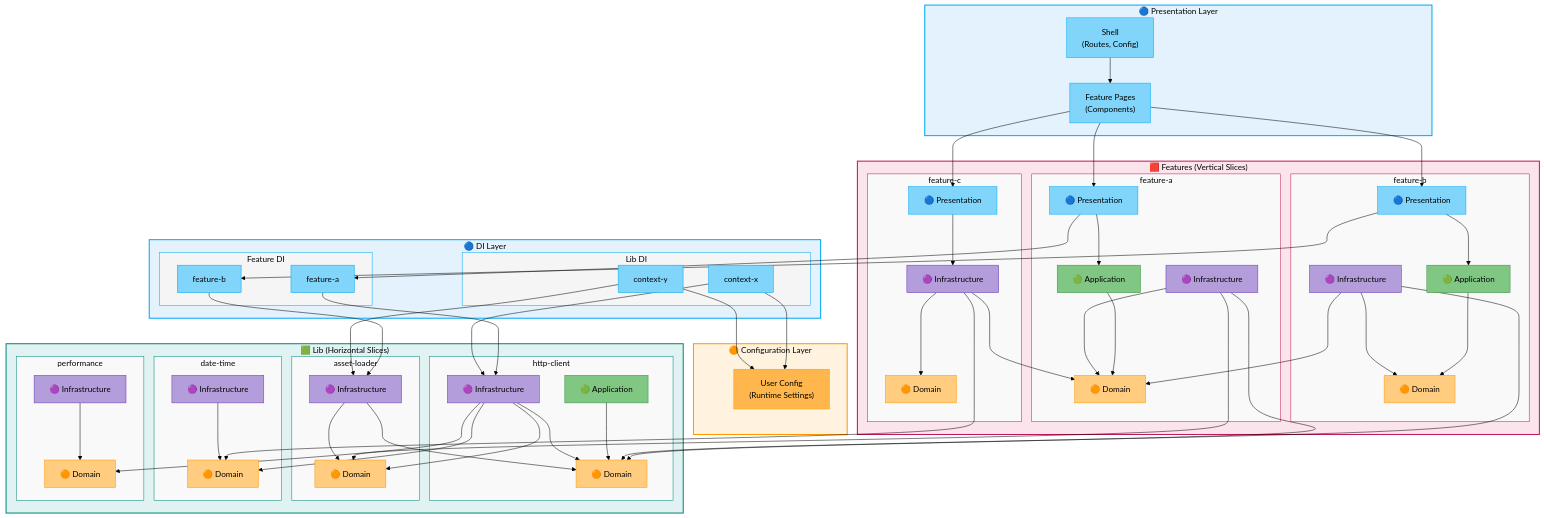
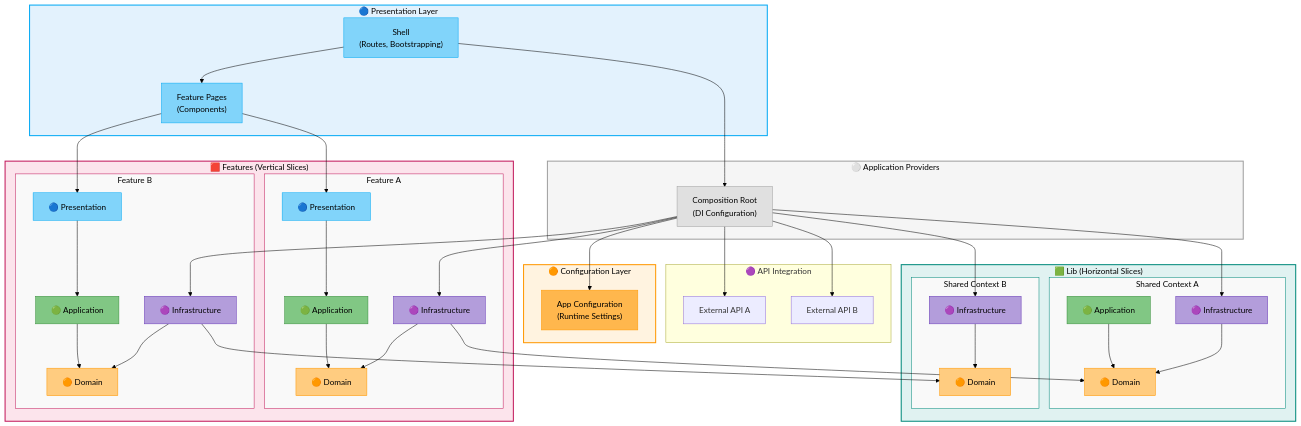
Before and after one commit to najbartomasz/comicbook-vault.apps.gui: the diagram in docs/ARCHITECTURE.md, drawn with Mermaid. The commit also changed other lines of this file and 81 other files, not shown here.

````diff
--- a/docs/ARCHITECTURE.md
+++ b/docs/ARCHITECTURE.md
@@ -37,144 +37,100 @@
 ```mermaid
 flowchart TB
     subgraph Presentation["🔵 Presentation Layer"]
-        Shell["Shell<br/>(Routes, Config)"]
-        Pages["Feature Pages<br/>(Components)"]
+        Shell["Shell<br/>(Routes, Bootstrapping)"]
+        FeatComponents["Feature Pages<br/>(Components)"]
     end
 
-    subgraph DI["🔵 DI Layer"]
-        subgraph FeatureDI["Feature DI"]
-            FDI1["feature-a"]
-            FDI2["feature-b"]
-        end
-        subgraph LibDI["Lib DI"]
-            LDI1["context-x"]
-            LDI2["context-y"]
-        end
+    subgraph Providers["⚪ Application Providers"]
+        CompRoot["Composition Root<br/>(DI Configuration)"]
+    end
+
+    subgraph API["🟣 API Integration"]
+        ExtAPI1["External API A"]
+        ExtAPI2["External API B"]
     end
 
     subgraph Config["🟠 Configuration Layer"]
-        UserConfig["User Config<br/>(Runtime Settings)"]
+        GlobalConfig["App Configuration<br/>(Runtime Settings)"]
     end
 
     subgraph Features["🟥 Features (Vertical Slices)"]
-        subgraph Feature1["feature-a"]
+        subgraph FeatureA["Feature A"]
             F1Domain["🟠 Domain"]
             F1App["🟢 Application"]
             F1Infra["🟣 Infrastructure"]
             F1Pres["🔵 Presentation"]
         end
-        subgraph Feature2["feature-b"]
+        subgraph FeatureB["Feature B"]
             F2Domain["🟠 Domain"]
             F2App["🟢 Application"]
             F2Infra["🟣 Infrastructure"]
             F2Pres["🔵 Presentation"]
         end
-        subgraph Feature3["feature-c"]
-            F3Domain["🟠 Domain"]
-            F3Infra["🟣 Infrastructure"]
-            F3Pres["🔵 Presentation"]
-        end
     end
 
     subgraph Lib["🟩 Lib (Horizontal Slices)"]
-        subgraph Context1["http-client"]
+        subgraph ContextA["Shared Context A"]
             C1Domain["🟠 Domain"]
             C1App["🟢 Application"]
             C1Infra["🟣 Infrastructure"]
         end
-        subgraph Context2["asset-loader"]
+        subgraph ContextB["Shared Context B"]
             C2Domain["🟠 Domain"]
             C2Infra["🟣 Infrastructure"]
-        end
-        subgraph Context3["date-time"]
-            C3Domain["🟠 Domain"]
-            C3Infra["🟣 Infrastructure"]
-        end
-        subgraph Context4["performance"]
-            C4Domain["🟠 Domain"]
-            C4Infra["🟣 Infrastructure"]
         end
     end
 
     %% Presentation Layer
-    Shell --> Pages
-    Pages --> F1Pres
-    Pages --> F2Pres
-    Pages --> F3Pres
+    Shell --> FeatComponents
+    Shell --> CompRoot
+    FeatComponents --> F1Pres
+    FeatComponents --> F2Pres
 
-    %% Feature-a internal
-    F1Pres --> FDI1
+    %% Application Providers
+    CompRoot --> F1Infra
+    CompRoot --> F2Infra
+    CompRoot --> C1Infra
+    CompRoot --> C2Infra
+    CompRoot --> GlobalConfig
+    CompRoot --> ExtAPI1
+    CompRoot --> ExtAPI2
+
+    %% Feature Internal Flow
     F1Pres --> F1App
     F1App --> F1Domain
     F1Infra --> F1Domain
-    FDI1 --> C1Infra
 
-    %% Feature-b internal
-    F2Pres --> FDI2
     F2Pres --> F2App
     F2App --> F2Domain
     F2Infra --> F2Domain
-    FDI2 --> C2Infra
 
-    %% Feature-c internal
-    F3Pres --> F3Infra
-    F3Infra --> F3Domain
+    %% Cross-Context Dependencies
+    F1Infra --> C1Domain
+    F2Infra --> C2Domain
 
-    %% Features using other Features
-    F2Infra --> F1Domain
-    F3Infra --> F1Domain
-
-    %% Features using Libs
-    F1Infra --> C1Domain
-    F1Infra --> C2Domain
-    F2Infra --> C1Domain
-    F3Infra --> C3Domain
-
-    %% Lib DI
-    LDI1 --> C1Infra
-    LDI1 --> UserConfig
-    LDI2 --> C2Infra
-    LDI2 --> UserConfig
-
-    %% Libs using other Libs
+    %% Lib Dependencies
     C1App --> C1Domain
     C1Infra --> C1Domain
-    C1Infra --> C2Domain
-    C1Infra --> C3Domain
-    C1Infra --> C4Domain
-
     C2Infra --> C2Domain
-    C2Infra --> C1Domain
-
-    C3Infra --> C3Domain
-
-    C4Infra --> C4Domain
 
     %% Container Styles
     style Presentation fill:#e3f2fd,stroke:#03A9F4,stroke-width:2px,color:#000000
-    style DI fill:#e3f2fd,stroke:#03A9F4,stroke-width:2px,color:#000000
-    style FeatureDI fill:#f5f5f5,stroke:#03A9F4,stroke-width:1px,color:#000000
-    style LibDI fill:#f5f5f5,stroke:#03A9F4,stroke-width:1px,color:#000000
+    style Providers fill:#f5f5f5,stroke:#9E9E9E,stroke-width:2px,color:#000000
     style Config fill:#fff3e0,stroke:#FF9800,stroke-width:2px,color:#000000
     style Features fill:#FCE4EC,stroke:#C2185B,stroke-width:2px,color:#000000
     style Lib fill:#E0F2F1,stroke:#00897B,stroke-width:2px,color:#000000
 
-    style Feature1 fill:#f9f9f9,stroke:#C2185B,stroke-width:1px,color:#000000
-    style Feature2 fill:#f9f9f9,stroke:#C2185B,stroke-width:1px,color:#000000
-    style Feature3 fill:#f9f9f9,stroke:#C2185B,stroke-width:1px,color:#000000
-    style Context1 fill:#f9f9f9,stroke:#00897B,stroke-width:1px,color:#000000
-    style Context2 fill:#f9f9f9,stroke:#00897B,stroke-width:1px,color:#000000
-    style Context3 fill:#f9f9f9,stroke:#00897B,stroke-width:1px,color:#000000
-    style Context4 fill:#f9f9f9,stroke:#00897B,stroke-width:1px,color:#000000
+    style FeatureA fill:#f9f9f9,stroke:#C2185B,stroke-width:1px,color:#000000
+    style FeatureB fill:#f9f9f9,stroke:#C2185B,stroke-width:1px,color:#000000
+    style ContextA fill:#f9f9f9,stroke:#00897B,stroke-width:1px,color:#000000
+    style ContextB fill:#f9f9f9,stroke:#00897B,stroke-width:1px,color:#000000
 
     %% Node Styles
     style Shell fill:#81D4FA,color:#000000,stroke:#03A9F4,stroke-width:1px
-    style Pages fill:#81D4FA,color:#000000,stroke:#03A9F4,stroke-width:1px
-    style FDI1 fill:#81D4FA,color:#000000,stroke:#03A9F4,stroke-width:1px
-    style FDI2 fill:#81D4FA,color:#000000,stroke:#03A9F4,stroke-width:1px
-    style LDI1 fill:#81D4FA,color:#000000,stroke:#03A9F4,stroke-width:1px
-    style LDI2 fill:#81D4FA,color:#000000,stroke:#03A9F4,stroke-width:1px
-    style UserConfig fill:#FFB74D,color:#000000,stroke:#FF9800,stroke-width:1px
+    style FeatComponents fill:#81D4FA,color:#000000,stroke:#03A9F4,stroke-width:1px
+    style CompRoot fill:#E0E0E0,color:#000000,stroke:#9E9E9E,stroke-width:1px
+    style GlobalConfig fill:#FFB74D,color:#000000,stroke:#FF9800,stroke-width:1px
 
     style F1Domain fill:#FFCC80,color:#000000,stroke:#FF9800,stroke-width:1px
     style F1App fill:#81C784,color:#000000,stroke:#388E3C,stroke-width:1px
@@ -186,19 +142,11 @@
     style F2Infra fill:#B39DDB,color:#000000,stroke:#673AB7,stroke-width:1px
     style F2Pres fill:#81D4FA,color:#000000,stroke:#03A9F4,stroke-width:1px
 
-    style F3Domain fill:#FFCC80,color:#000000,stroke:#FF9800,stroke-width:1px
-    style F3Infra fill:#B39DDB,color:#000000,stroke:#673AB7,stroke-width:1px
-    style F3Pres fill:#81D4FA,color:#000000,stroke:#03A9F4,stroke-width:1px
-
     style C1Domain fill:#FFCC80,color:#000000,stroke:#FF9800,stroke-width:1px
     style C1App fill:#81C784,color:#000000,stroke:#388E3C,stroke-width:1px
     style C1Infra fill:#B39DDB,color:#000000,stroke:#673AB7,stroke-width:1px
     style C2Domain fill:#FFCC80,color:#000000,stroke:#FF9800,stroke-width:1px
     style C2Infra fill:#B39DDB,color:#000000,stroke:#673AB7,stroke-width:1px
-    style C3Domain fill:#FFCC80,color:#000000,stroke:#FF9800,stroke-width:1px
-    style C3Infra fill:#B39DDB,color:#000000,stroke:#673AB7,stroke-width:1px
-    style C4Domain fill:#FFCC80,color:#000000,stroke:#FF9800,stroke-width:1px
-    style C4Infra fill:#B39DDB,color:#000000,stroke:#673AB7,stroke-width:1px
 
     linkStyle default stroke:#000000,stroke-width:1px
 ```
````
